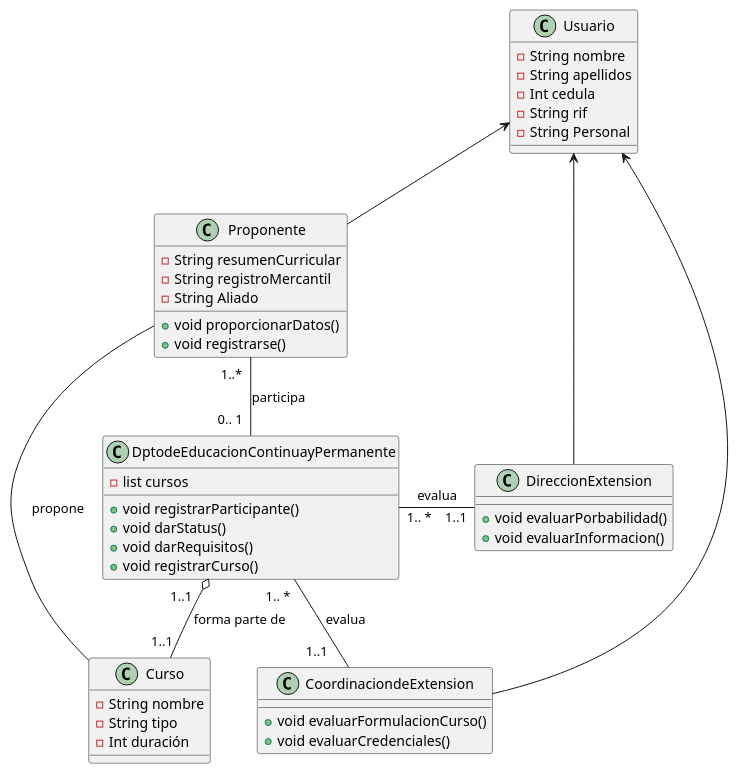
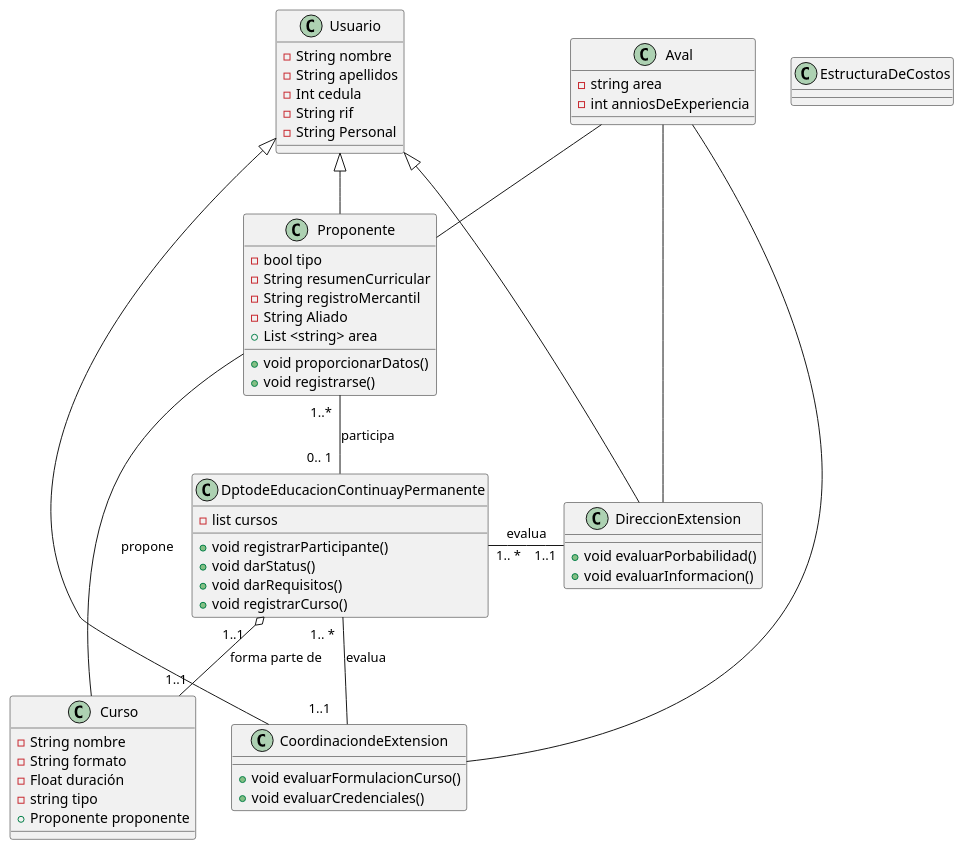
One commit to dalekprime/Ingenieria_de_Software_Equipo8 changed the diagram in docs/scenariosView/DiagramadeClasesreto7.plantuml. Above: the diagram before and after it, drawn with PlantUML. The commit also changed 1 other file, not shown here.

Commit message:
diagrama de clase new

```diff
--- a/docs/scenariosView/DiagramadeClasesreto7.plantuml
+++ b/docs/scenariosView/DiagramadeClasesreto7.plantuml
@@ -1,50 +1,68 @@
-@startuml
+@startuml Diagrama de Clases 
 Class Usuario {
 - String nombre
 - String apellidos
 - Int cedula
 - String rif
 - String Personal
 }
 
 Class Proponente {
+- bool tipo
 - String resumenCurricular
 - String registroMercantil
 - String Aliado
 + void proporcionarDatos()
 + void registrarse()
++ List <string> area
 }
 
+Class Aval{
+-string area 
+-int anniosDeExperiencia
+}
+
+Aval -- DireccionExtension
+Aval -- CoordinaciondeExtension
+Aval -- Proponente
+
+Class EstructuraDeCostos{
+    
+}
 Class Curso{
 - String nombre
-- String tipo
-- Int duración
+- String formato
+- Float duración
+- string tipo
++ Proponente proponente
+
+
 }
 
 Class DptodeEducacionContinuayPermanente {
 - list cursos
 + void registrarParticipante()
 + void darStatus()
 + void darRequisitos()
 + void registrarCurso()
 }
 
 Class DireccionExtension {
 + void evaluarPorbabilidad()
 + void evaluarInformacion()
 }
 
 Class CoordinaciondeExtension {
 + void evaluarFormulacionCurso()
 + void evaluarCredenciales()
 }
 
-Usuario <-- Proponente
-Usuario <-- DireccionExtension
-Usuario <-- CoordinaciondeExtension
+Usuario <|-- Proponente
+Usuario <|-- DireccionExtension
+Usuario <|-- CoordinaciondeExtension
 Proponente -- Curso : propone
 DptodeEducacionContinuayPermanente "   1..1   "  o--  "1..1"  Curso : forma parte de 
 Proponente "  1..*  " -- "  0.. 1  " DptodeEducacionContinuayPermanente : participa
 DptodeEducacionContinuayPermanente "1.. *"  -  "1..1" DireccionExtension : evalua
 DptodeEducacionContinuayPermanente "  1.. *  "  --  "    1..1    " CoordinaciondeExtension : evalua
 @enduml
```
